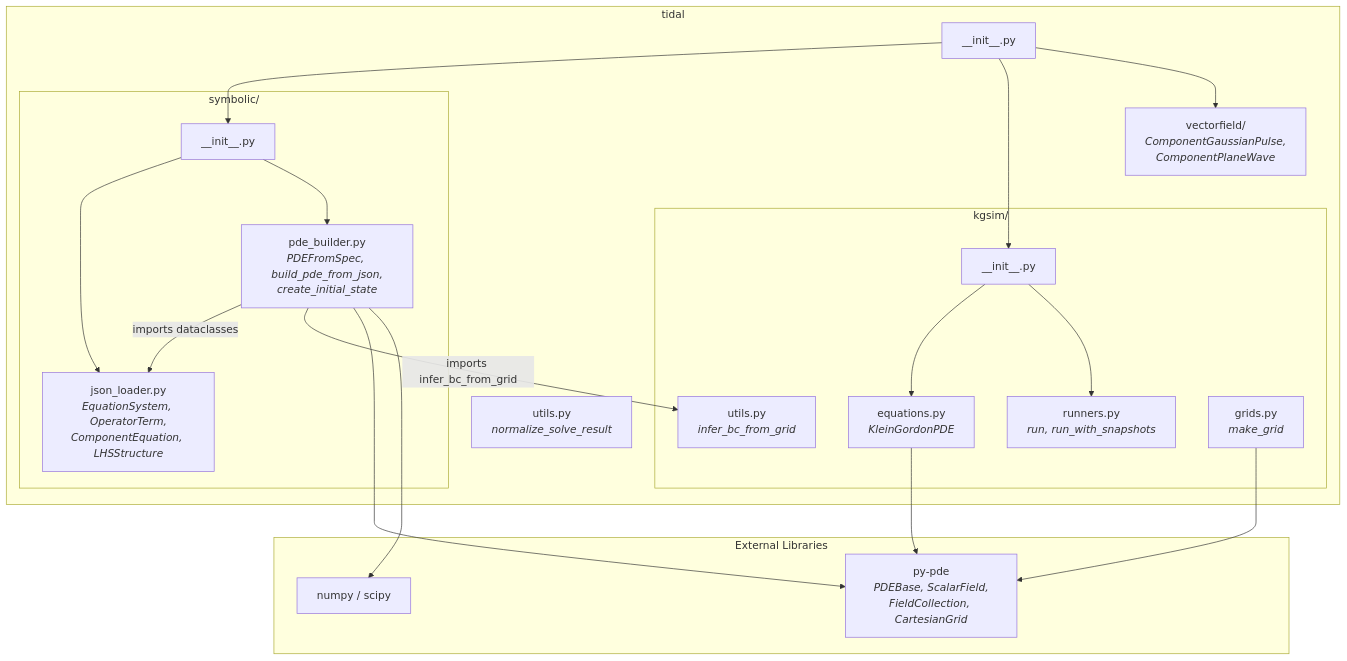
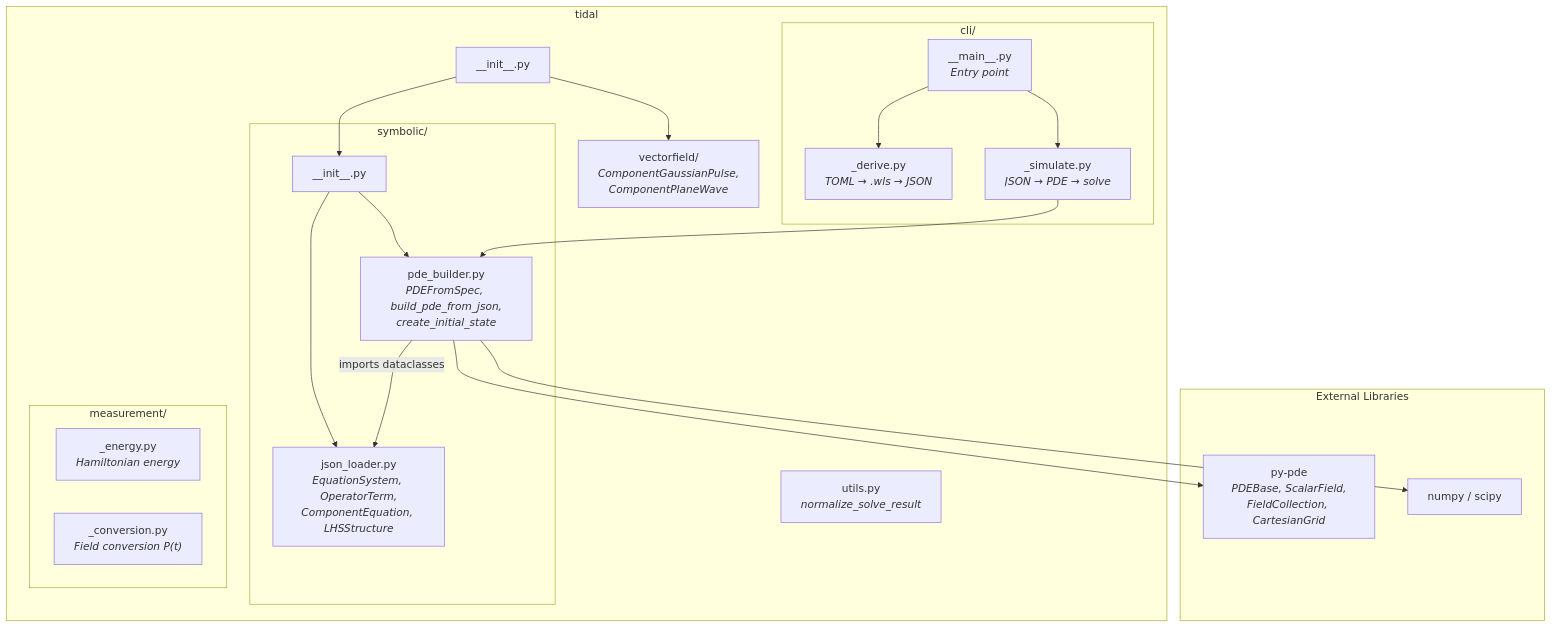
The second of 5 diagrams in docs/architecture/README.md (WilliamRoyce/tidal), drawn with Mermaid before and after one commit. The commit also changed other lines of this file, not shown here.

Commit message:
docs: Removed kgsim/ subgraph from architecture Mermaid diagram, replaced with cli/measurement modules

````diff
--- a/docs/architecture/README.md
+++ b/docs/architecture/README.md
@@ -65,43 +65,43 @@
 ```mermaid
 flowchart TD
     subgraph pkg["tidal"]
         init["__init__.py"]
 
         subgraph sym["symbolic/"]
             sinit["__init__.py"]
             jl["json_loader.py<br/><i>EquationSystem, OperatorTerm,<br/>ComponentEquation, LHSStructure</i>"]
             pb["pde_builder.py<br/><i>PDEFromSpec, build_pde_from_json,<br/>create_initial_state</i>"]
         end
 
-        subgraph kg["kgsim/"]
-            kinit["__init__.py"]
-            keq["equations.py<br/><i>KleinGordonPDE</i>"]
-            kutil["utils.py<br/><i>infer_bc_from_grid</i>"]
-            krun["runners.py<br/><i>run, run_with_snapshots</i>"]
-            kgrid["grids.py<br/><i>make_grid</i>"]
+        subgraph cli["cli/"]
+            cmain["__main__.py<br/><i>Entry point</i>"]
+            cderiv["_derive.py<br/><i>TOML → .wls → JSON</i>"]
+            csim["_simulate.py<br/><i>JSON → PDE → solve</i>"]
+        end
+
+        subgraph meas["measurement/"]
+            menergy["_energy.py<br/><i>Hamiltonian energy</i>"]
+            mconv["_conversion.py<br/><i>Field conversion P(t)</i>"]
         end
 
         vf["vectorfield/<br/><i>ComponentGaussianPulse,<br/>ComponentPlaneWave</i>"]
         utils["utils.py<br/><i>normalize_solve_result</i>"]
     end
 
     init --> sinit
-    init --> kinit
     init --> vf
     sinit --> jl
     sinit --> pb
     pb -- "imports dataclasses" --> jl
-    pb -- "imports infer_bc_from_grid" --> kutil
-    kinit --> keq
-    kinit --> krun
+    cmain --> cderiv
+    cmain --> csim
+    csim --> pb
 
     subgraph ext["External Libraries"]
         pypde["py-pde<br/><i>PDEBase, ScalarField,<br/>FieldCollection, CartesianGrid</i>"]
         numpy["numpy / scipy"]
     end
 
     pb --> pypde
     pb --> numpy
-    keq --> pypde
-    kgrid --> pypde
 ```
````
